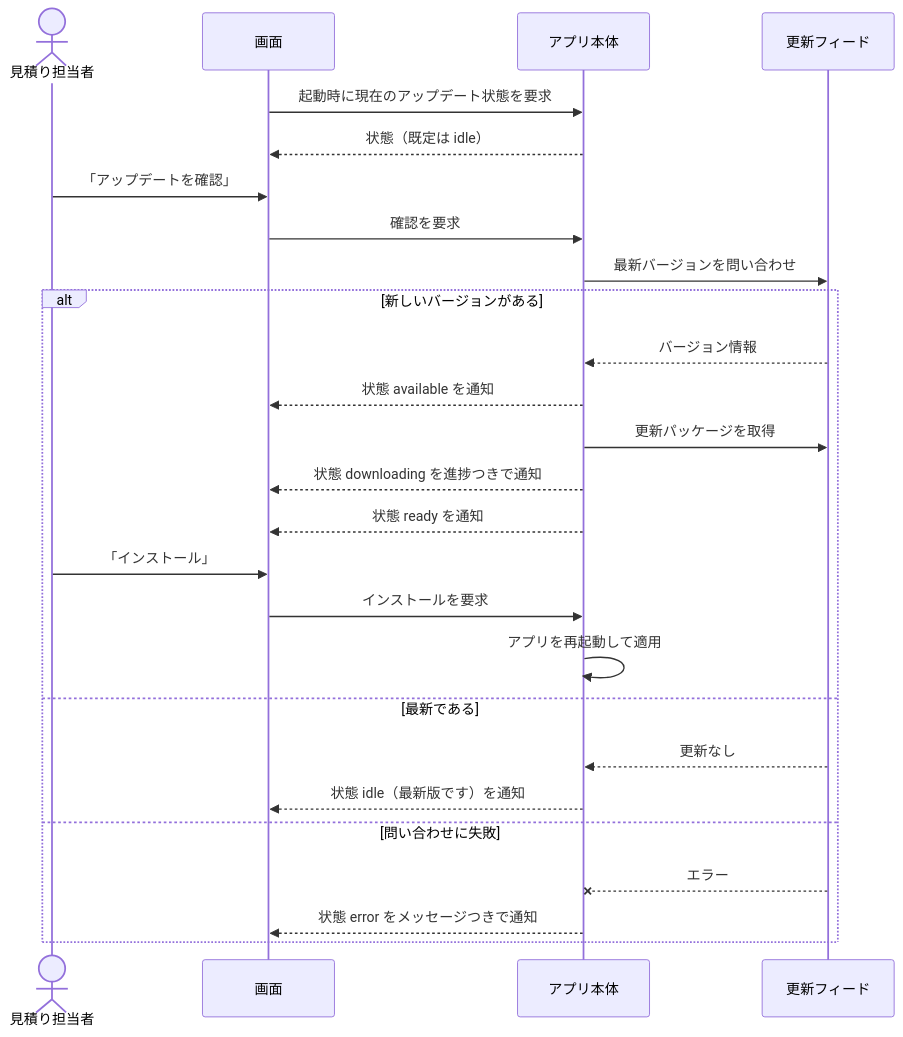
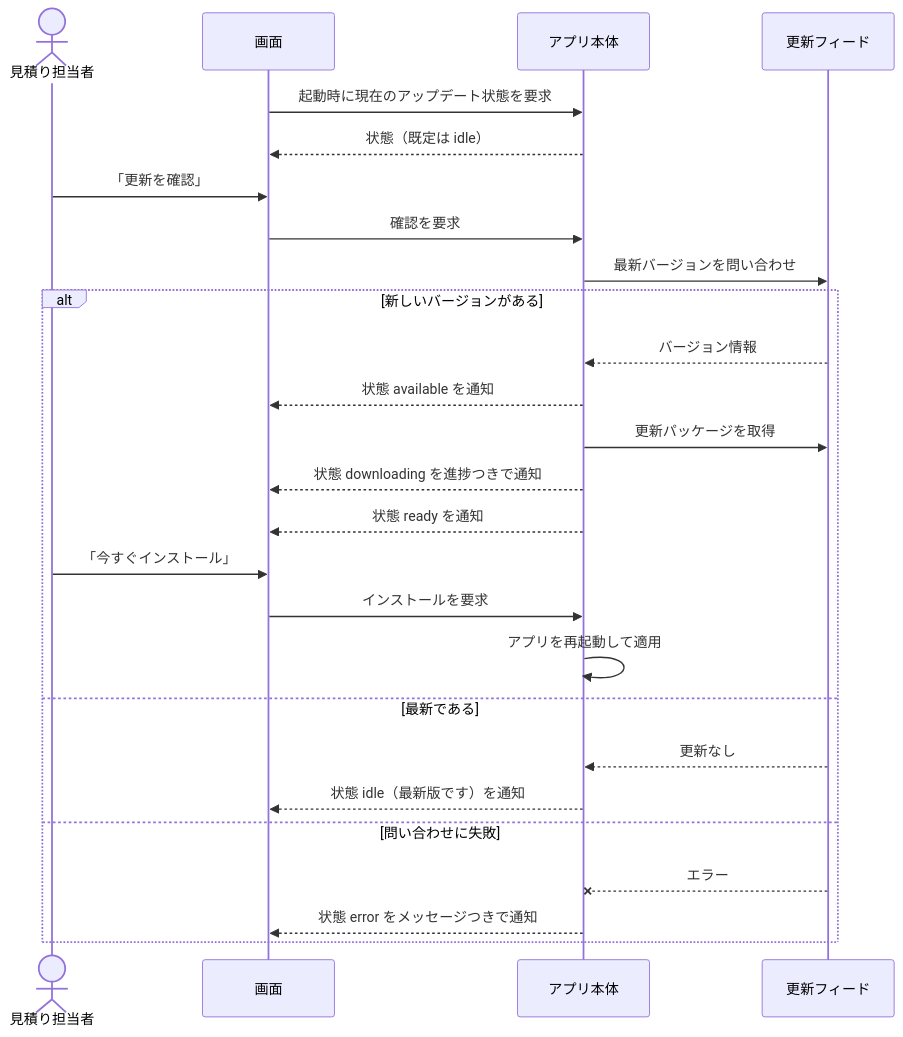
One commit to neko3cs/FP-Studio changed the fourth of 4 diagrams in docs/specification.md. Above: the diagram before and after it, drawn with Mermaid. The commit also changed other lines of this file and 2 other files, not shown here.

````diff
--- a/docs/specification.md
+++ b/docs/specification.md
@@ -227,29 +317,29 @@
 ```mermaid
 sequenceDiagram
     actor U as 見積り担当者
     participant R as 画面
     participant M as アプリ本体
     participant S as 更新フィード
 
     R->>M: 起動時に現在のアップデート状態を要求
     M-->>R: 状態（既定は idle）
-    U->>R: 「アップデートを確認」
+    U->>R: 「更新を確認」
     R->>M: 確認を要求
     M->>S: 最新バージョンを問い合わせ
     alt 新しいバージョンがある
         S-->>M: バージョン情報
         M-->>R: 状態 available を通知
         M->>S: 更新パッケージを取得
         M-->>R: 状態 downloading を進捗つきで通知
         M-->>R: 状態 ready を通知
-        U->>R: 「インストール」
+        U->>R: 「今すぐインストール」
         R->>M: インストールを要求
         M->>M: アプリを再起動して適用
     else 最新である
         S-->>M: 更新なし
         M-->>R: 状態 idle（最新版です）を通知
     else 問い合わせに失敗
         S--xM: エラー
         M-->>R: 状態 error をメッセージつきで通知
     end
 ```
````
